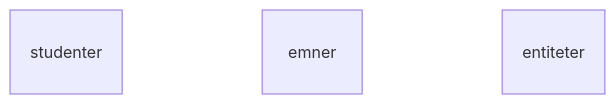
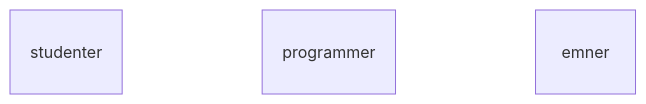
Before and after one commit to digitnow/data1500-forelesning: the first of 2 diagrams in forelesning05/forelesningsnotat-fra-modell-til-database.md, drawn with Mermaid. The commit also changed other lines of this file, not shown here.

Commit message:
tester mermaid

````diff
--- a/forelesning05/forelesningsnotat-fra-modell-til-database.md
+++ b/forelesning05/forelesningsnotat-fra-modell-til-database.md
@@ -22,6 +41,6 @@
 ```mermaid
 erDiagram
     studenter
+    programmer
     emner
-    entiteter
 ```
````
